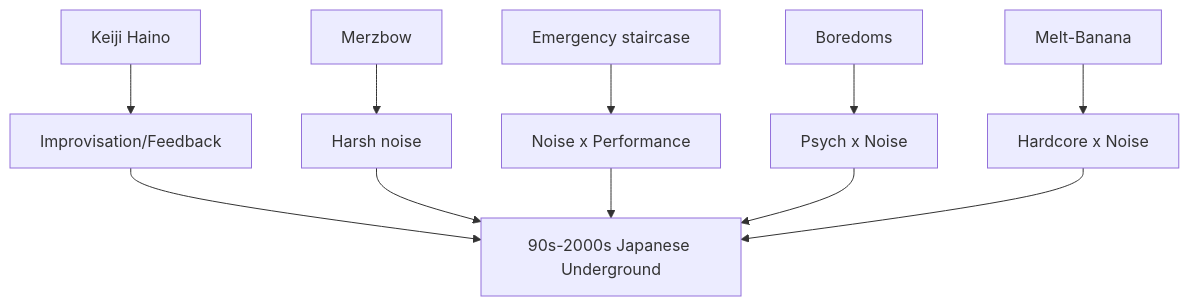
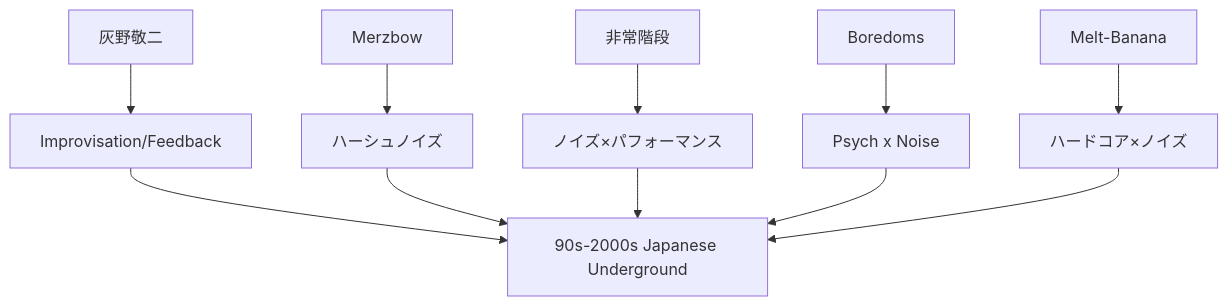
One commit to monumental-movement/monumental-movement.github.io changed the diagram in en/_posts/2025-09-24-Column-Japanese-Underground-Rock-Noise.md. Above: the diagram before and after it, drawn with Mermaid. The commit also changed other lines of this file and 2196 other files, not shown here.

```diff
--- a/en/_posts/2025-09-24-Column-Japanese-Underground-Rock-Noise.md
+++ b/en/_posts/2025-09-24-Column-Japanese-Underground-Rock-Noise.md
@@ -144,13 +143,13 @@
 <div class="mermaid">
 flowchart TD
-    A["Keiji Haino"] --> B["Improvisation/Feedback"]
-    C["Merzbow"] --> D["Harsh noise"]
-    E["Emergency staircase"] --> F["Noise x Performance"]
+    A["灰野敬二"] --> B["Improvisation/Feedback"]
+    C["Merzbow"] --> D["ハーシュノイズ"]
+    E["非常階段"] --> F["ノイズ×パフォーマンス"]
     G["Boredoms"] --> H["Psych x Noise"]
-    I["Melt-Banana"] --> J["Hardcore x Noise"]
+    I["Melt-Banana"] --> J["ハードコア×ノイズ"]
     B --> Z["90s-2000s Japanese Underground"]
     D --> Z
     F --> Z
     H --> Z
     J --> Z
 </div>
```
